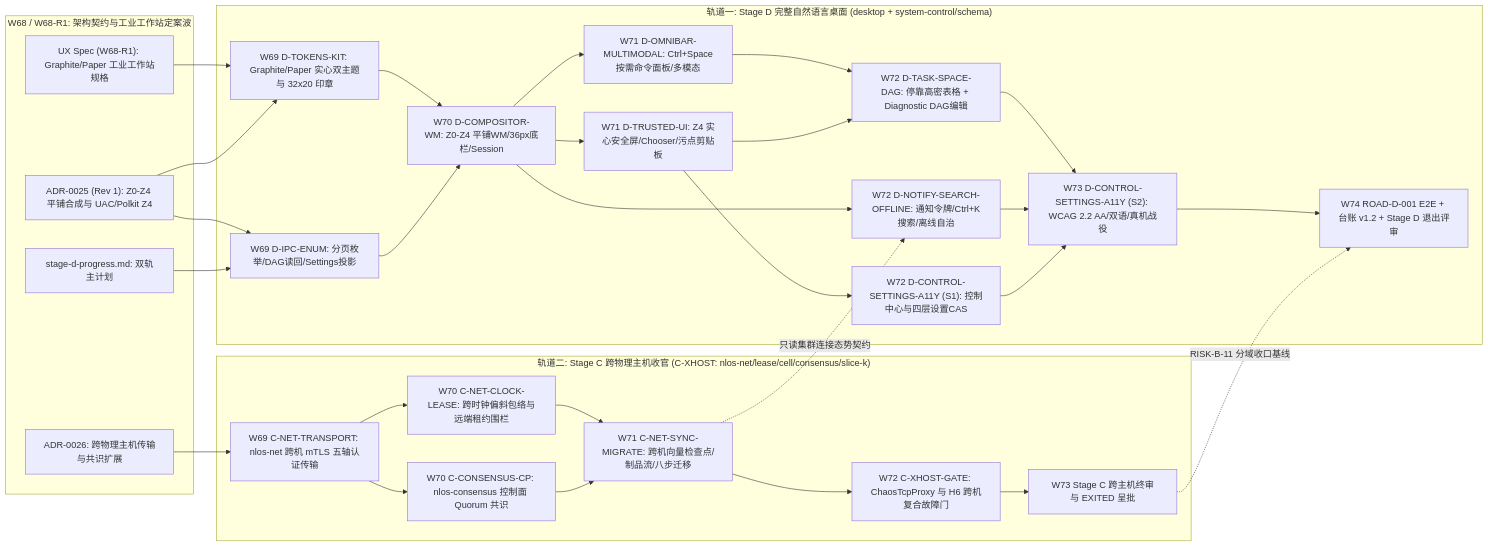
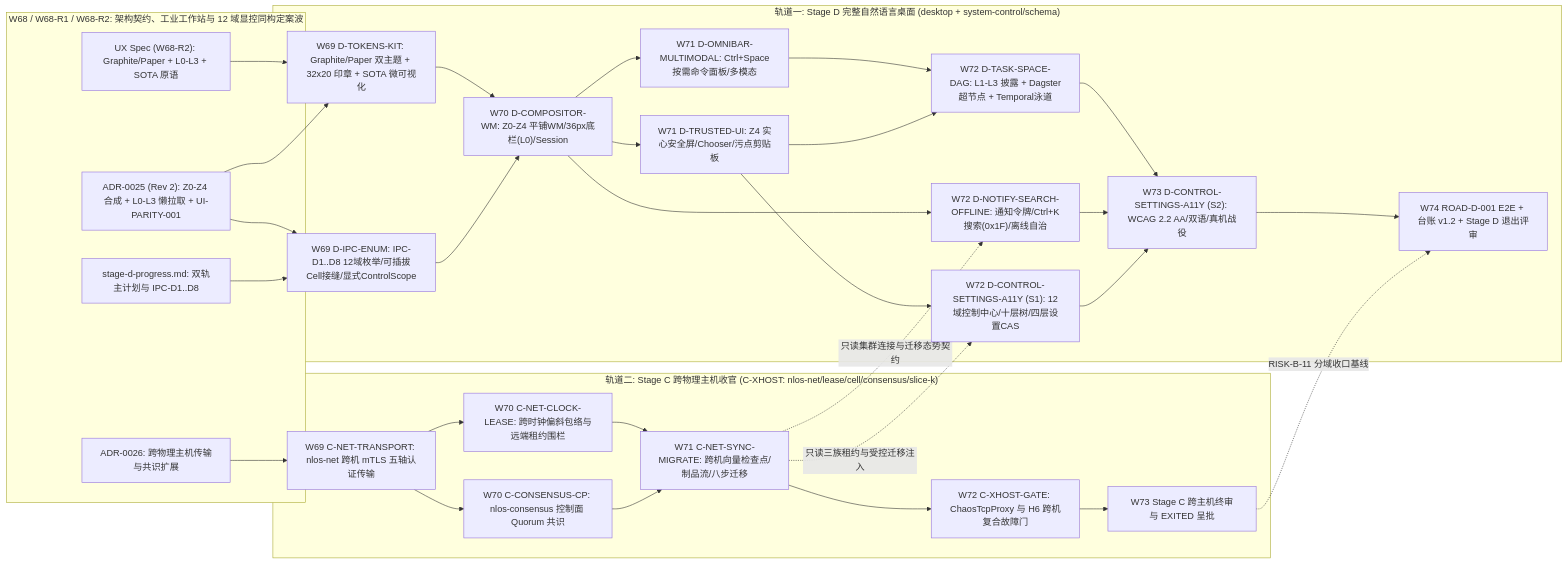
The diagram in docs/management/stage-d-progress.md (cty12356541/llmos), drawn with Mermaid before and after one commit. The commit also changed other lines of this file and 4 other files, not shown here.

````diff
--- a/docs/management/stage-d-progress.md
+++ b/docs/management/stage-d-progress.md
@@ -202,63 +217,64 @@
 ```mermaid
 flowchart LR
-  subgraph W68_CHARTER["W68 / W68-R1: 架构契约与工业工作站定案波"]
-    UX_SPEC["UX Spec (W68-R1): Graphite/Paper 工业工作站规格"]
-    ADR25["ADR-0025 (Rev 1): Z0-Z4 平铺合成与 UAC/Polkit Z4"]
+  subgraph W68_CHARTER["W68 / W68-R1 / W68-R2: 架构契约、工业工作站与 12 域显控同构定案波"]
+    UX_SPEC["UX Spec (W68-R2): Graphite/Paper + L0-L3 + SOTA 原语"]
+    ADR25["ADR-0025 (Rev 2): Z0-Z4 合成 + L0-L3 懒拉取 + UI-PARITY-001"]
     ADR26["ADR-0026: 跨物理主机传输与共识扩展"]
-    PLAN_D["stage-d-progress.md: 双轨主计划"]
+    PLAN_D["stage-d-progress.md: 双轨主计划与 IPC-D1..D8"]
   end
 
   subgraph TRACK_D["轨道一: Stage D 完整自然语言桌面 (desktop + system-control/schema)"]
-    D_TOK["W69 D-TOKENS-KIT: Graphite/Paper 实心双主题与 32x20 印章"]
-    D_IPC["W69 D-IPC-ENUM: 分页枚举/DAG读回/Settings投影"]
-    D_COMP["W70 D-COMPOSITOR-WM: Z0-Z4 平铺WM/36px底栏/Session"]
+    D_TOK["W69 D-TOKENS-KIT: Graphite/Paper 双主题 + 32x20 印章 + SOTA 微可视化"]
+    D_IPC["W69 D-IPC-ENUM: IPC-D1..D8 12域枚举/可插拔Cell接缝/显式ControlScope"]
+    D_COMP["W70 D-COMPOSITOR-WM: Z0-Z4 平铺WM/36px底栏(L0)/Session"]
     D_OMNI["W71 D-OMNIBAR-MULTIMODAL: Ctrl+Space按需命令面板/多模态"]
     D_TUI["W71 D-TRUSTED-UI: Z4 实心安全屏/Chooser/污点剪贴板"]
-    D_DAG["W72 D-TASK-SPACE-DAG: 停靠高密表格 + Diagnostic DAG编辑"]
-    D_NSO["W72 D-NOTIFY-SEARCH-OFFLINE: 通知令牌/Ctrl+K搜索/离线自治"]
-    D_CSA1["W72 D-CONTROL-SETTINGS-A11Y (S1): 控制中心与四层设置CAS"]
+    D_DAG["W72 D-TASK-SPACE-DAG: L1-L3 披露 + Dagster超节点 + Temporal泳道"]
+    D_NSO["W72 D-NOTIFY-SEARCH-OFFLINE: 通知令牌/Ctrl+K搜索(0x1F)/离线自治"]
+    D_CSA1["W72 D-CONTROL-SETTINGS-A11Y (S1): 12域控制中心/十层树/四层设置CAS"]
     D_CSA2["W73 D-CONTROL-SETTINGS-A11Y (S2): WCAG 2.2 AA/双语/真机战役"]
     D_EXIT["W74 ROAD-D-001 E2E + 台账 v1.2 + Stage D 退出评审"]
   end
 
   subgraph TRACK_C["轨道二: Stage C 跨物理主机收官 (C-XHOST: nlos-net/lease/cell/consensus/slice-k)"]
     C_TRANS["W69 C-NET-TRANSPORT: nlos-net 跨机 mTLS 五轴认证传输"]
     C_CLK["W70 C-NET-CLOCK-LEASE: 跨时钟偏斜包络与远端租约围栏"]
     C_CONS["W70 C-CONSENSUS-CP: nlos-consensus 控制面 Quorum 共识"]
     C_SYNC["W71 C-NET-SYNC-MIGRATE: 跨机向量检查点/制品流/八步迁移"]
     C_GATE["W72 C-XHOST-GATE: ChaosTcpProxy 与 H6 跨机复合故障门"]
     C_EXIT["W73 Stage C 跨主机终审与 EXITED 呈批"]
   end
 
   UX_SPEC --> D_TOK
   ADR25 --> D_TOK
   ADR25 --> D_IPC
   PLAN_D --> D_IPC
   ADR26 --> C_TRANS
 
   D_TOK --> D_COMP
   D_IPC --> D_COMP
 
   C_TRANS --> C_CLK
   C_TRANS --> C_CONS
 
   D_COMP --> D_OMNI
   D_COMP --> D_TUI
   C_CLK --> C_SYNC
   C_CONS --> C_SYNC
 
   D_OMNI --> D_DAG
   D_TUI --> D_DAG
   D_COMP --> D_NSO
   D_TUI --> D_CSA1
   C_SYNC --> C_GATE
-  C_SYNC -. "只读集群连接态势契约" .-> D_NSO
+  C_SYNC -. "只读集群连接与迁移态势契约" .-> D_NSO
+  C_SYNC -. "只读三族租约与受控迁移注入" .-> D_CSA1
 
   D_DAG --> D_CSA2
   D_NSO --> D_CSA2
   D_CSA1 --> D_CSA2
   C_GATE --> C_EXIT
 
   D_CSA2 --> D_EXIT
   C_EXIT -. "RISK-B-11 分域收口基线" .-> D_EXIT
 ```
````
